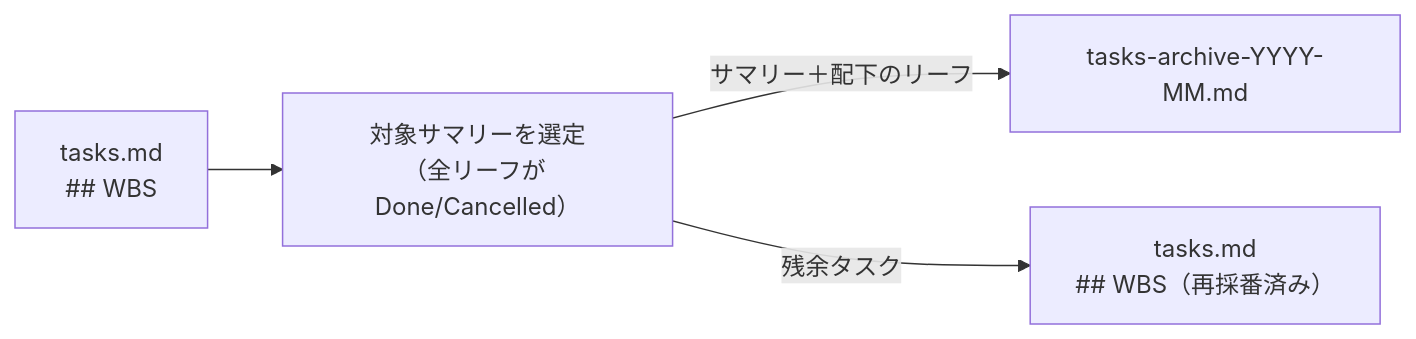
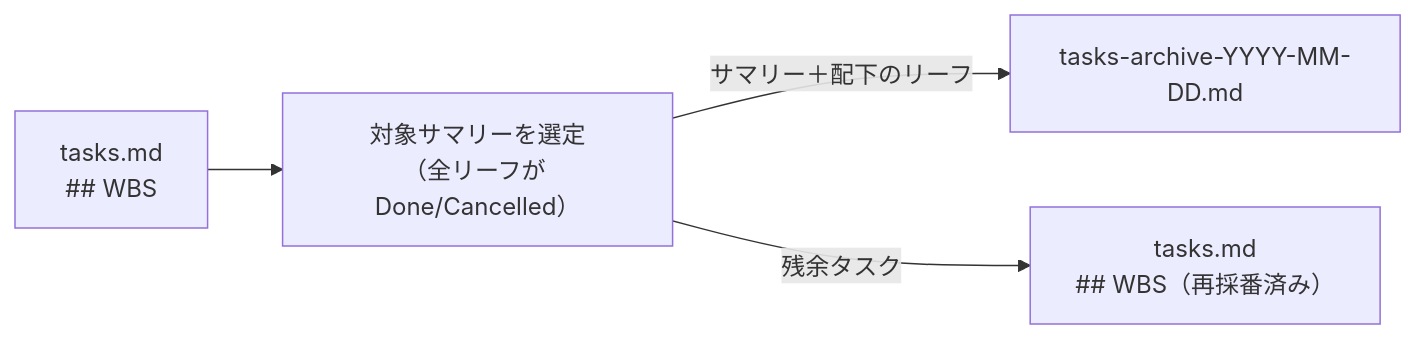
One commit to yasuhiro112358/ai-agent-toolkit changed the diagram in prompts/task-streamliner/docs/explanation/archive-dataflow.md. Above: the diagram before and after it, drawn with Mermaid. The commit also changed other lines of this file and 1 other file, not shown here.

First line of the commit message:
feat(task-streamliner): change archive filename to daily granularity (YYYY-MM-DD)

````diff
--- a/prompts/task-streamliner/docs/explanation/archive-dataflow.md
+++ b/prompts/task-streamliner/docs/explanation/archive-dataflow.md
@@ -7,11 +7,11 @@
 ```mermaid
 flowchart LR
     Source["tasks.md\n## WBS"]
     Select["対象サマリーを選定\n（全リーフが Done/Cancelled）"]
-    Archive["tasks-archive-YYYY-MM.md"]
+    Archive["tasks-archive-YYYY-MM-DD.md"]
     Cleaned["tasks.md\n## WBS（再採番済み）"]
 
     Source --> Select
     Select -->|"サマリー＋配下のリーフ"| Archive
     Select -->|"残余タスク"| Cleaned
 ```
````
